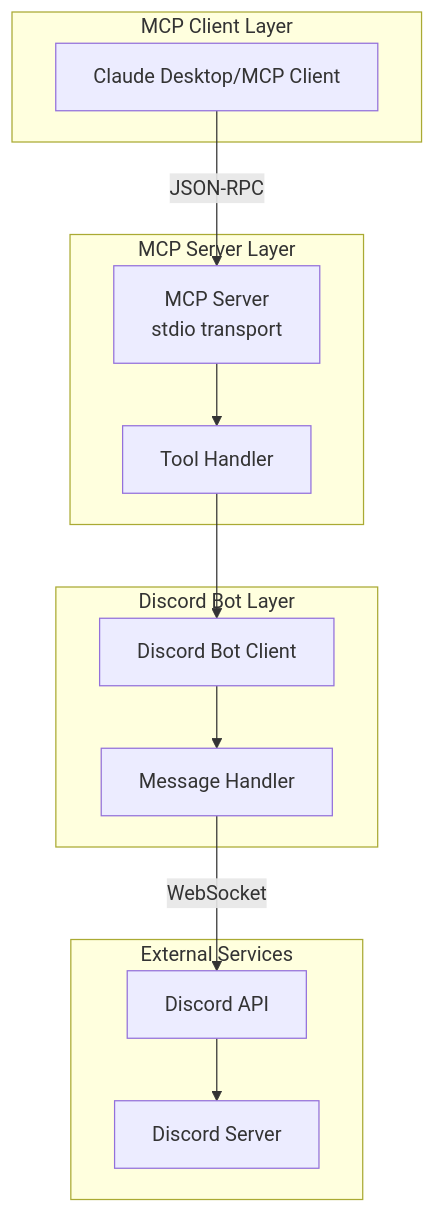
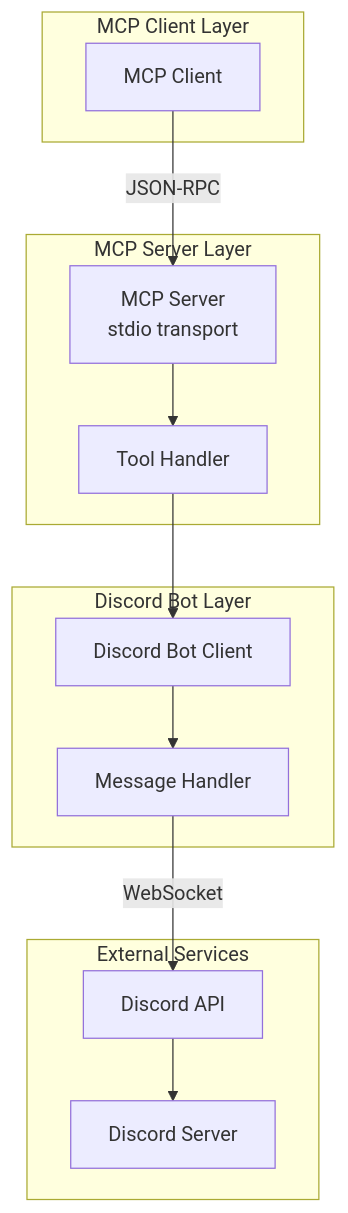
Before and after one commit to RateteDev/discord-interface-mcp: the diagram in docs/architecture.md, drawn with Mermaid. The commit also changed other lines of this file and 6 other files, not shown here.

````diff
--- a/docs/architecture.md
+++ b/docs/architecture.md
@@ -7,28 +7,28 @@
 ```mermaid
 graph TB
     subgraph "MCP Client Layer"
-        A[Claude Desktop/MCP Client]
+        A[MCP Client]
     end
-    
+
     subgraph "MCP Server Layer"
         B[MCP Server<br/>stdio transport]
         C[Tool Handler]
     end
-    
+
     subgraph "Discord Bot Layer"
         D[Discord Bot Client]
         E[Message Handler]
     end
-    
+
     subgraph "External Services"
         F[Discord API]
         G[Discord Server]
     end
-    
+
     A -->|JSON-RPC| B
     B --> C
     C --> D
     D --> E
     E -->|WebSocket| F
     F --> G
 ```
````
